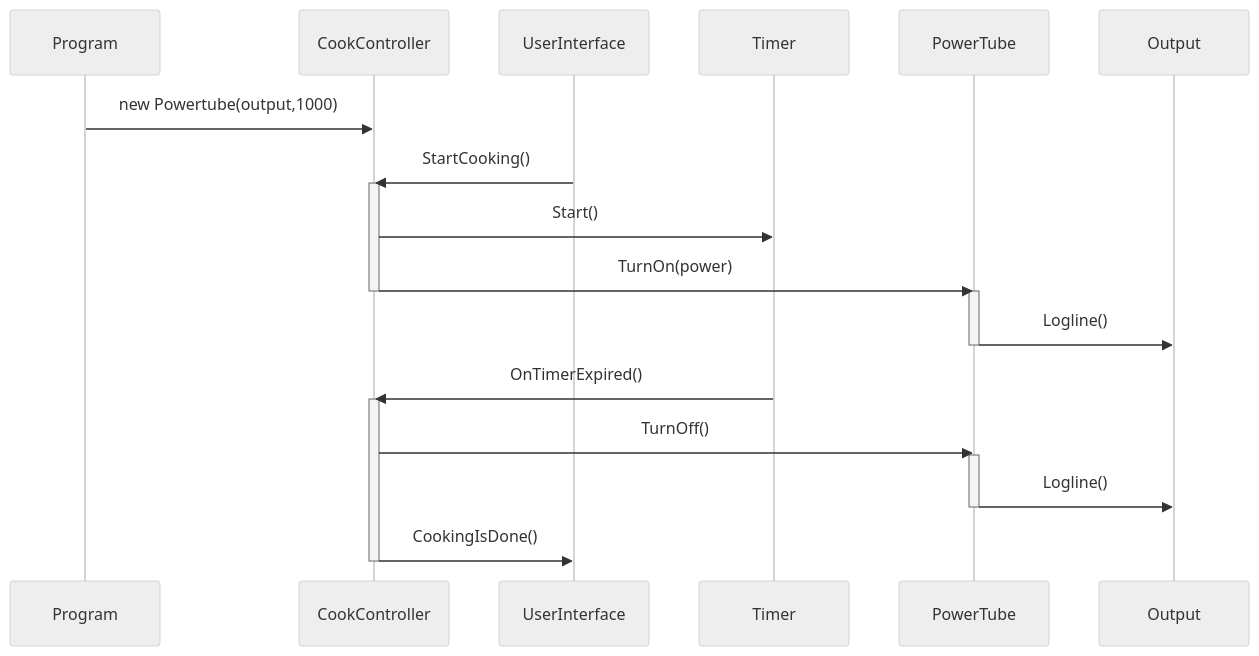
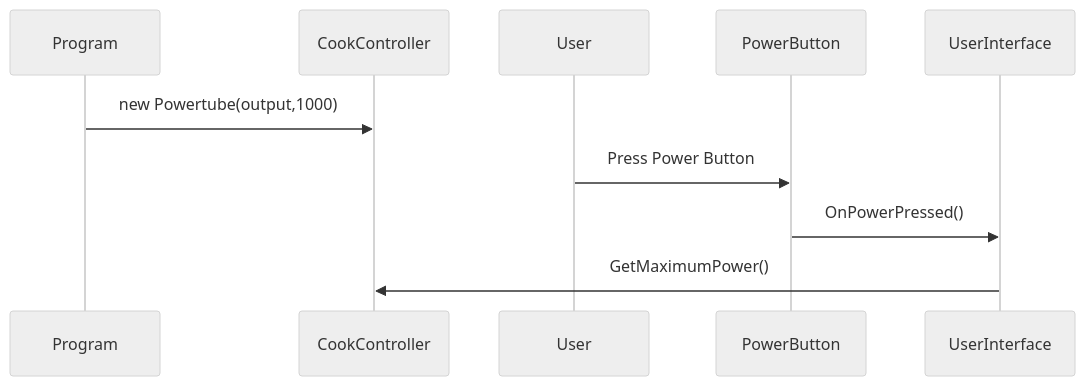
One commit to Nivethan1999/SWTE22-1-Obligatorisk-Handin-3 changed the third of 7 diagrams in README.md. Above: the diagram before and after it, drawn with Mermaid (neutral theme).

Commit message:
Updated Sequencediagram Powertube

````diff
--- a/README.md
+++ b/README.md
@@ -43,22 +43,11 @@
 ```mermaid
 sequenceDiagram
-    Program->> CookController: new Powertube(output,1000)
-    UserInterface->>CookController: StartCooking()
-    activate CookController
-    CookController->> Timer: Start()
-    CookController ->>PowerTube:  TurnOn(power)
-    deactivate CookController
-    activate PowerTube
-    PowerTube ->>Output: Logline()
-    deactivate PowerTube
-    Timer->> CookController: OnTimerExpired()
-    activate CookController
-    CookController->> PowerTube: TurnOff()
-    activate PowerTube
-    PowerTube->> Output: Logline()
-    deactivate PowerTube
-    CookController->> UserInterface: CookingIsDone()
-    deactivate CookController
+    Program->>CookController: new Powertube(output,1000)
+    User->>PowerButton: Press Power Button
+    PowerButton->>UserInterface: OnPowerPressed()
+    UserInterface->>CookController: GetMaximumPower()
+
+   
 
 
 ```
````
